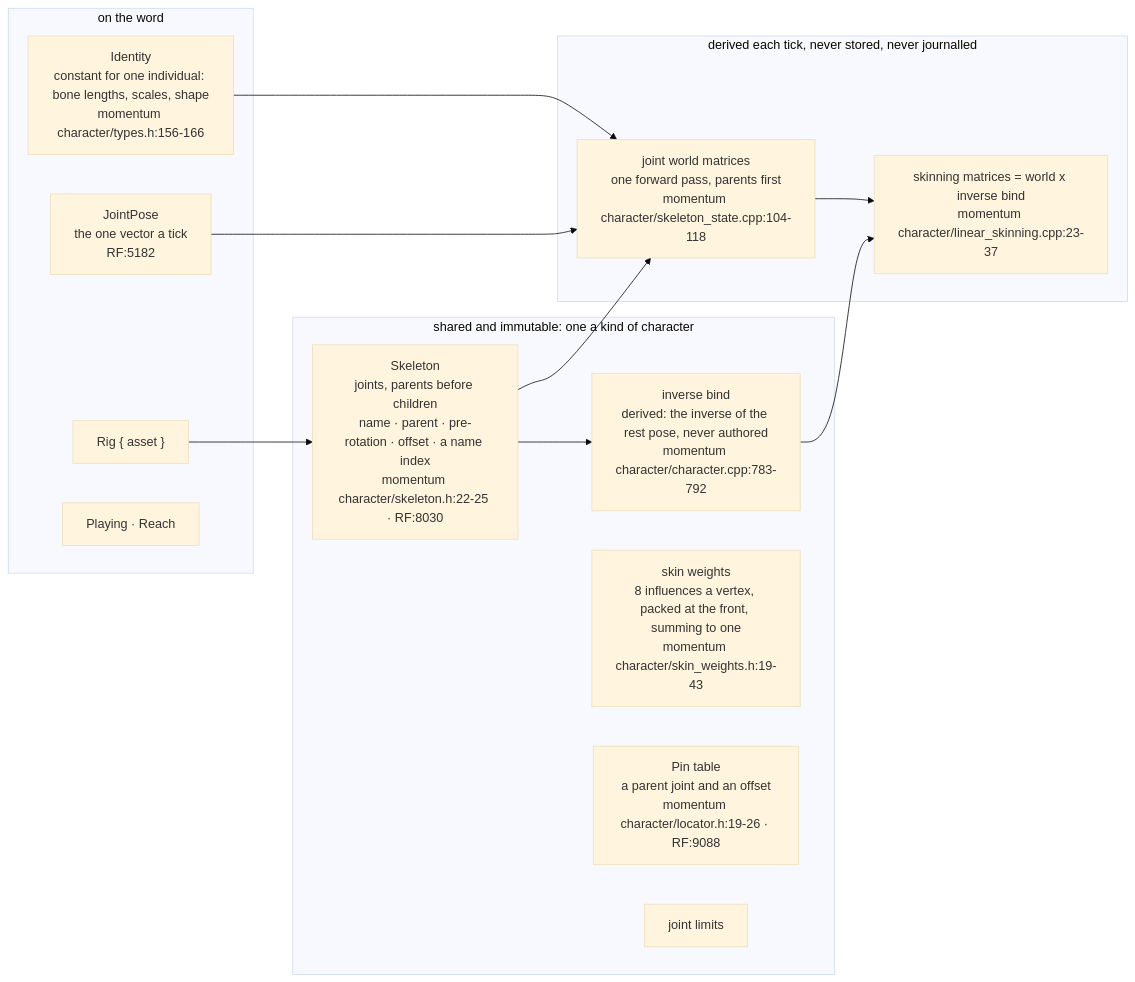
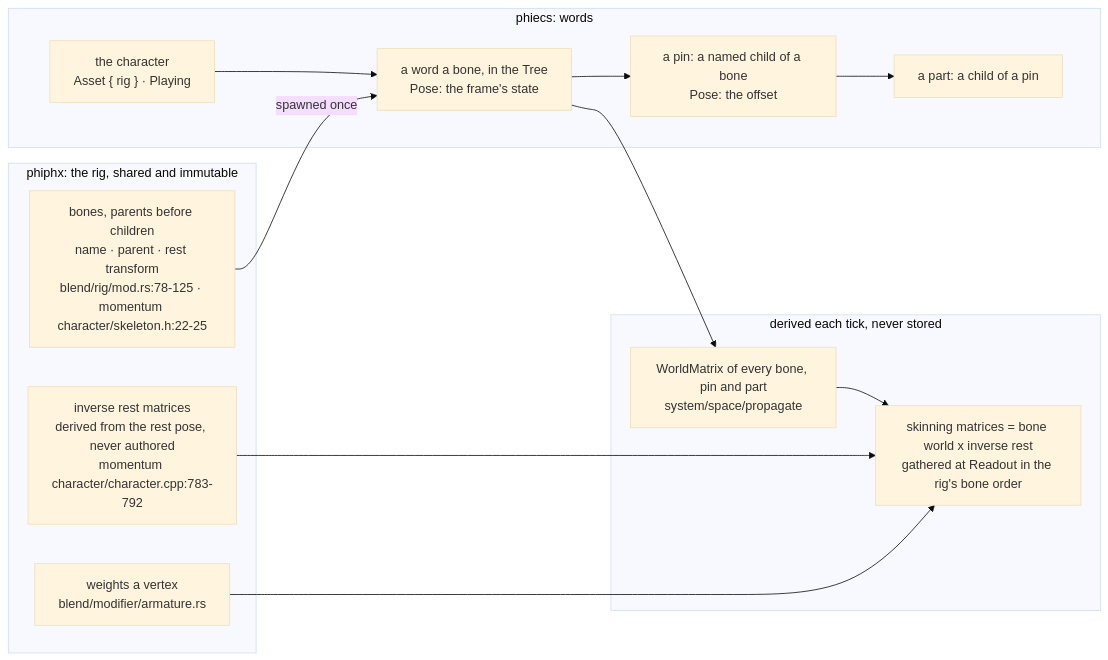
Before and after one commit to gemphi/phikit: the first of 4 diagrams in crates/phicore/phiecs/docs/character.md, drawn with Mermaid (base theme). The commit also changed other lines of this file and 21 other files, not shown here.

````diff
--- a/crates/phicore/phiecs/docs/character.md
+++ b/crates/phicore/phiecs/docs/character.md
@@ -7,27 +9,23 @@
 ```mermaid
 graph LR
-    subgraph asset["shared and immutable: one a kind of character"]
-        a_skel["Skeleton<br/>joints, parents before children<br/>name · parent · pre-rotation · offset · a name index<br/>momentum character/skeleton.h:22-25 · RF:8030"]
-        a_bind["inverse bind<br/>derived: the inverse of the rest pose, never authored<br/>momentum character/character.cpp:783-792"]
-        a_skin["skin weights<br/>8 influences a vertex, packed at the front, summing to one<br/>momentum character/skin_weights.h:19-43"]
-        a_pins["Pin table<br/>a parent joint and an offset<br/>momentum character/locator.h:19-26 · RF:9088"]
-        a_limits["joint limits"]
+    subgraph asset["phiphx: the rig, shared and immutable"]
+        a_rest["bones, parents before children<br/>name · parent · rest transform<br/>blend/rig/mod.rs:78-125 · momentum character/skeleton.h:22-25"]
+        a_bind["inverse rest matrices<br/>derived from the rest pose, never authored<br/>momentum character/character.cpp:783-792"]
+        a_skin["weights a vertex<br/>blend/modifier/armature.rs"]
     end
-    subgraph word["on the word"]
-        w_rig["Rig { asset }"]
-        w_id["Identity<br/>constant for one individual: bone lengths, scales, shape<br/>momentum character/types.h:156-166"]
-        w_pose["JointPose<br/>the one vector a tick<br/>RF:5182"]
-        w_play["Playing · Reach"]
+    subgraph words["phiecs: words"]
+        w_root["the character<br/>Asset { rig } · Playing"]
+        w_bone["a word a bone, in the Tree<br/>Pose: the frame's state"]
+        w_pin["a pin: a named child of a bone<br/>Pose: the offset"]
+        w_part["a part: a child of a pin"]
     end
-    subgraph cache["derived each tick, never stored, never journalled"]
-        c_world["joint world matrices<br/>one forward pass, parents first<br/>momentum character/skeleton_state.cpp:104-118"]
-        c_skinm["skinning matrices = world x inverse bind<br/>momentum character/linear_skinning.cpp:23-37"]
+    subgraph derived["derived each tick, never stored"]
+        d_world["WorldMatrix of every bone, pin and part<br/>system/space/propagate"]
+        d_skin["skinning matrices = bone world x inverse rest<br/>gathered at Readout in the rig's bone order"]
     end
-    a_skel --> a_bind
-    w_rig --> a_skel
-    w_id --> c_world
-    w_pose --> c_world
-    a_skel --> c_world
-    c_world --> c_skinm
-    a_bind --> c_skinm
+    a_rest -->|"spawned once"| w_bone
+    w_root --> w_bone --> w_pin --> w_part
+    w_bone --> d_world --> d_skin
+    a_bind --> d_skin
+    a_skin --> d_skin
 ```
````
